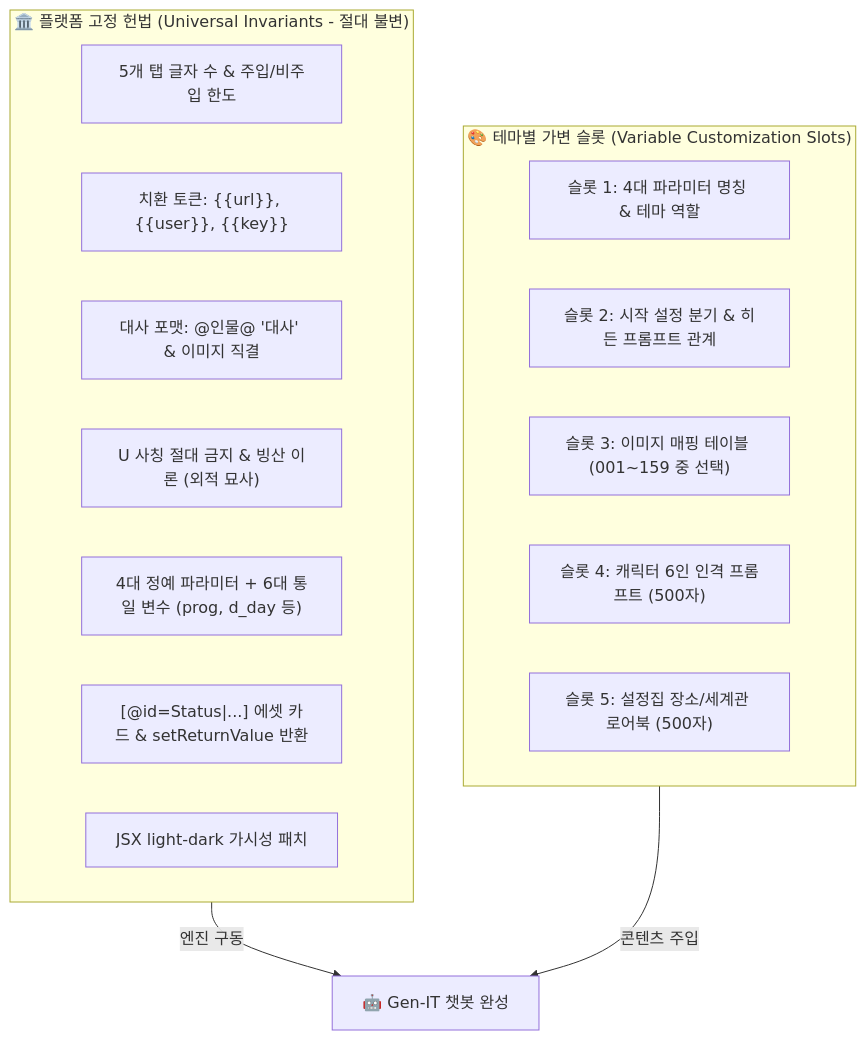
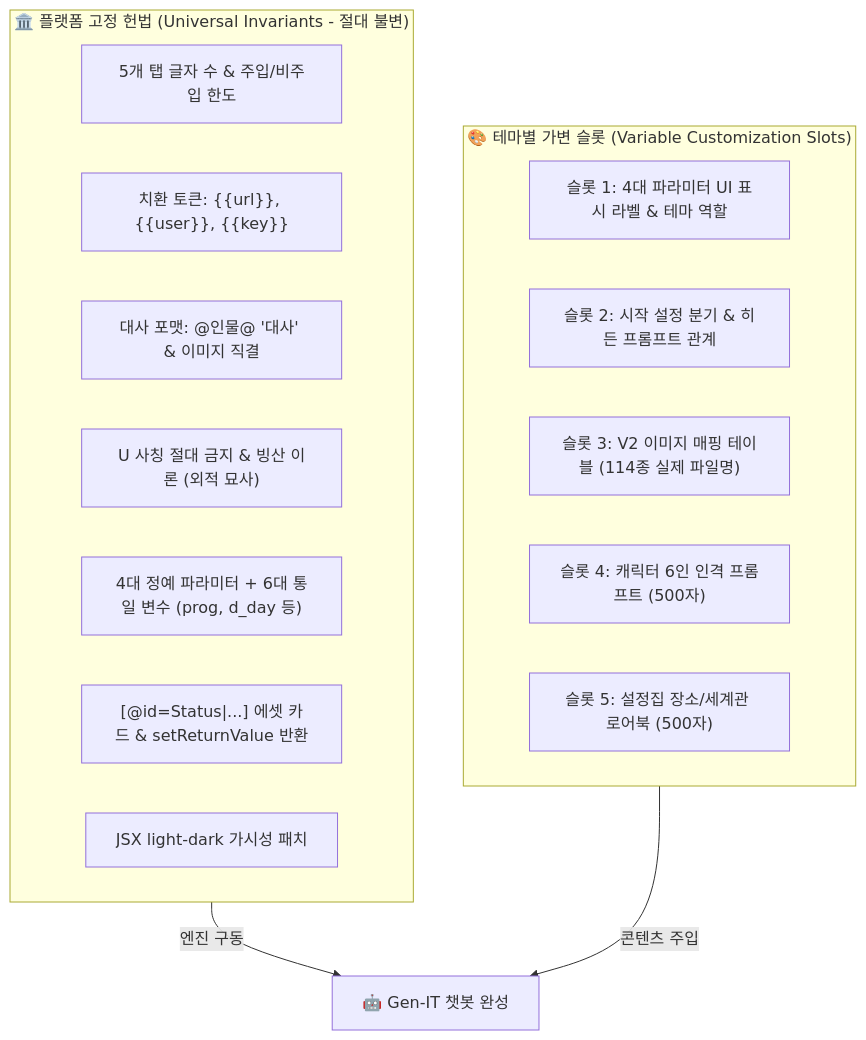
The diagram in docs/젠잇_캐릭터채팅_제작법.md (LeeKyunHo/plepa), drawn with Mermaid before and after one commit. The commit also changed other lines of this file, not shown here.

````diff
--- a/docs/젠잇_캐릭터채팅_제작법.md
+++ b/docs/젠잇_캐릭터채팅_제작법.md
@@ -43,23 +44,23 @@
 ```mermaid
 flowchart TD
     subgraph Universal["🏛️ 플랫폼 고정 헌법 (Universal Invariants - 절대 불변)"]
         TabRules["5개 탭 글자 수 & 주입/비주입 한도"]
         Tokens["치환 토큰: {{url}}, {{user}}, {{key}}"]
         DialogueRule["대사 포맷: @인물@ '대사' & 이미지 직결"]
         IcebergRule["U 사칭 절대 금지 & 빙산 이론 (외적 묘사)"]
         ParamSlim["4대 정예 파라미터 + 6대 통일 변수 (prog, d_day 등)"]
         InfoAnchor["[@id=Status|...] 에셋 카드 & setReturnValue 반환"]
         JSXRule["JSX light-dark 가시성 패치"]
     end
 
     subgraph Variable["🎨 테마별 가변 슬롯 (Variable Customization Slots)"]
-        Slot1["슬롯 1: 4대 파라미터 명칭 & 테마 역할"]
+        Slot1["슬롯 1: 4대 파라미터 UI 표시 라벨 & 테마 역할"]
         Slot2["슬롯 2: 시작 설정 분기 & 히든 프롬프트 관계"]
-        Slot3["슬롯 3: 이미지 매핑 테이블 (001~159 중 선택)"]
+        Slot3["슬롯 3: V2 이미지 매핑 테이블 (114종 실제 파일명)"]
         Slot4["슬롯 4: 캐릭터 6인 인격 프롬프트 (500자)"]
         Slot5["슬롯 5: 설정집 장소/세계관 로어북 (500자)"]
     end
 
     Universal -->|엔진 구동| Engine["🤖 Gen-IT 챗봇 완성"]
     Variable -->|콘텐츠 주입| Engine
 ```
````
